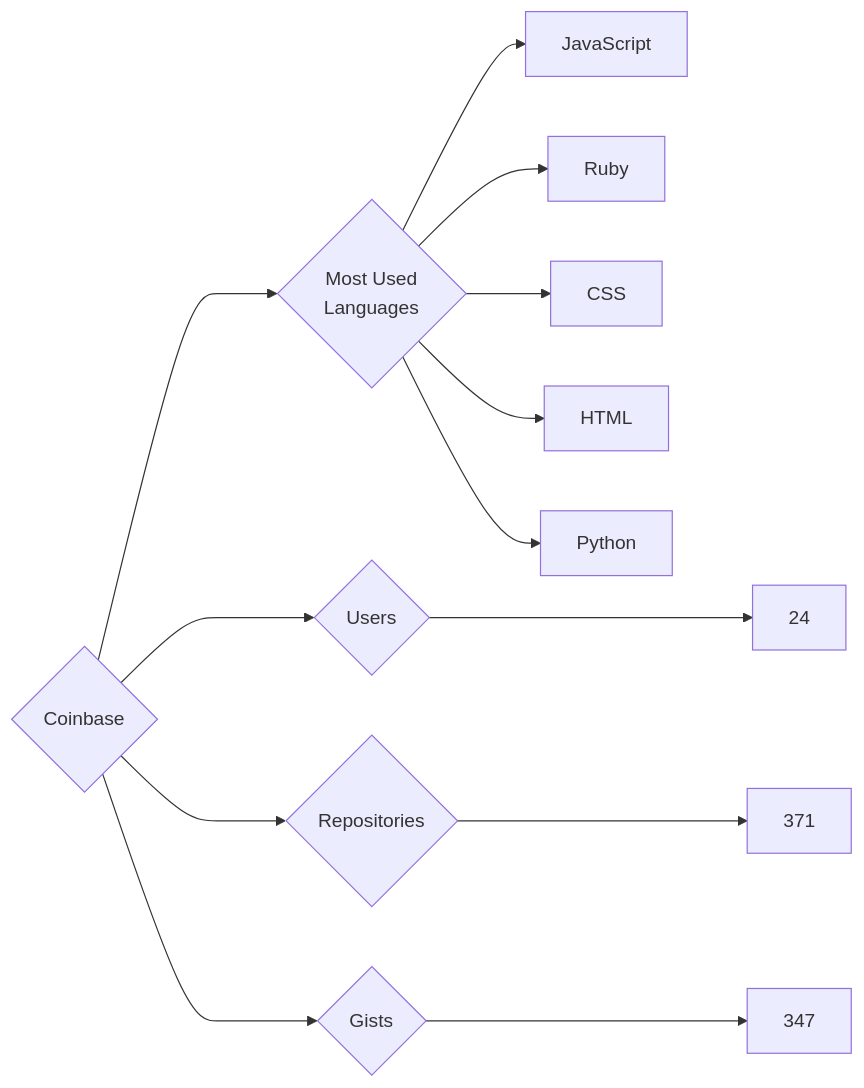
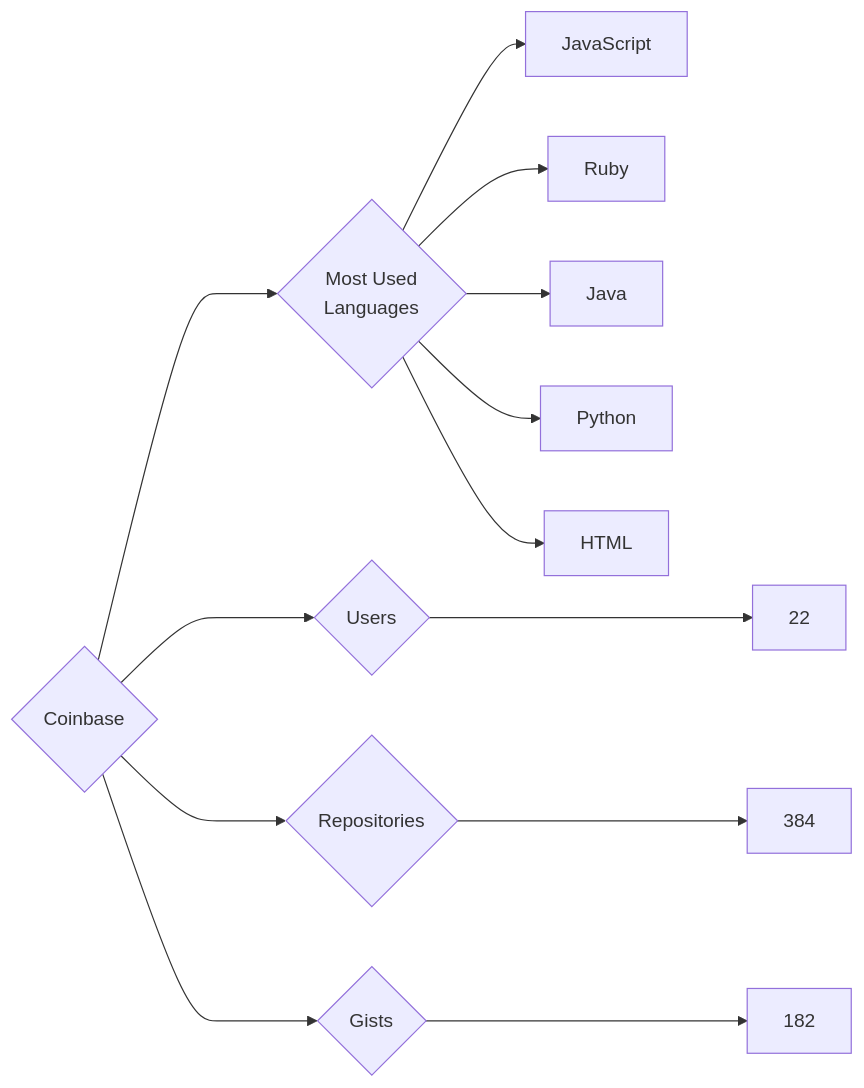
Before and after one commit to trickest/insiders: the diagram in targets/Coinbase/README.md, drawn with Mermaid. The commit also changed 895 other files, not shown here.

````diff
--- a/targets/Coinbase/README.md
+++ b/targets/Coinbase/README.md
@@ -3,13 +3,13 @@
 ```mermaid
 graph LR
 COMPANY_NAME{Coinbase}
-COMPANY_NAME ---> U{Users} ---> UN[24]
-COMPANY_NAME ---> R{Repositories} ---> RN[371]
-COMPANY_NAME ---> G{Gists} ---> GN[347]
+COMPANY_NAME ---> U{Users} ---> UN[22]
+COMPANY_NAME ---> R{Repositories} ---> RN[384]
+COMPANY_NAME ---> G{Gists} ---> GN[182]
 COMPANY_NAME ---> ML{Most Used<br>Languages}
 ML --> JavaScript[JavaScript]
 ML --> Ruby[Ruby]
-ML --> CSS[CSS]
+ML --> Java[Java]
+ML --> Python[Python]
 ML --> HTML[HTML]
-ML --> Python[Python]
 ```
````
